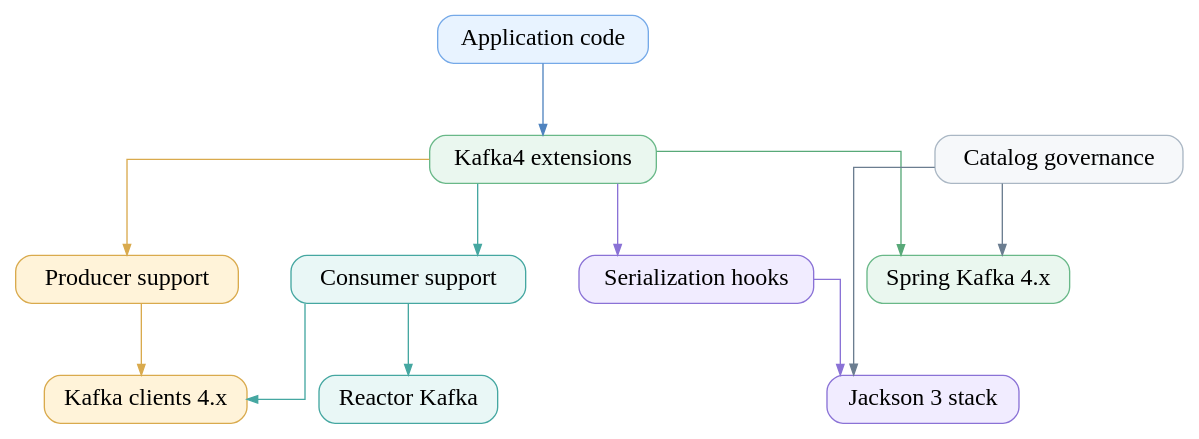
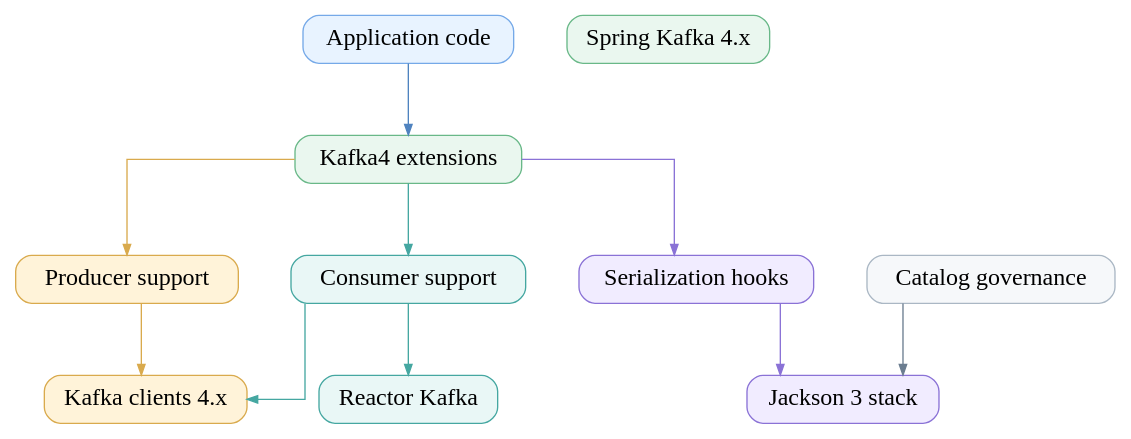
One commit to bluetape4k/bluetape4k-projects changed the diagram in docs/images/readme-diagrams/infra-kafka4-diagram-01.dot. Above: the diagram before and after it, drawn with Graphviz. The commit also changed 1323 other files, not shown here.

First line of the commit message:
Refresh README diagram assets with reusable generators

```diff
--- a/docs/images/readme-diagrams/infra-kafka4-diagram-01.dot
+++ b/docs/images/readme-diagrams/infra-kafka4-diagram-01.dot
@@ -1,26 +1,24 @@
 digraph G {
   graph [rankdir=TB, bgcolor="white", splines=ortho, nodesep=0.55, ranksep=0.75];
   node [shape=box, style="rounded,filled", fontname="Architects Daughter", fontsize=18, color="#D7E2EC", fillcolor="#F7FAFC"];
   edge [fontname="Comic Mono", fontsize=11, color="#56708C", arrowsize=0.8];
   "app" [label="Application code", shape=box, fillcolor="#E8F3FF", color="#75A9E8"];
   "entry" [label="Kafka4 extensions", shape=box, fillcolor="#EAF7EF", color="#69B888"];
   "producer" [label="Producer support", shape=box, fillcolor="#FFF3D9", color="#D9AA4D"];
   "consumer" [label="Consumer support", shape=box, fillcolor="#E9F7F6", color="#45A7A1"];
   "serialization" [label="Serialization hooks", shape=box, fillcolor="#F1ECFF", color="#8A72D6"];
   "kafka-clients" [label="Kafka clients 4.x", shape=box, fillcolor="#FFF3D9", color="#D9AA4D"];
   "spring-kafka" [label="Spring Kafka 4.x", shape=box, fillcolor="#EAF7EF", color="#69B888"];
   "reactor-kafka" [label="Reactor Kafka", shape=box, fillcolor="#E9F7F6", color="#45A7A1"];
   "json-stack" [label="Jackson 3 stack", shape=box, fillcolor="#F1ECFF", color="#8A72D6"];
   "governance" [label="Catalog governance", shape=box, fillcolor="#F6F8FA", color="#AAB7C4"];
   "app" -> "entry" [color="#4F83BF"];
   "entry" -> "producer" [color="#D9AA4D"];
   "entry" -> "consumer" [color="#45A7A1"];
   "entry" -> "serialization" [color="#8A72D6"];
   "producer" -> "kafka-clients" [color="#D9AA4D"];
   "consumer" -> "kafka-clients" [color="#45A7A1"];
   "consumer" -> "reactor-kafka" [color="#45A7A1"];
-  "entry" -> "spring-kafka" [color="#58A978"];
   "serialization" -> "json-stack" [color="#8A72D6"];
-  "governance" -> "spring-kafka" [color="#6B7D90"];
   "governance" -> "json-stack" [color="#6B7D90"];
 }
```
